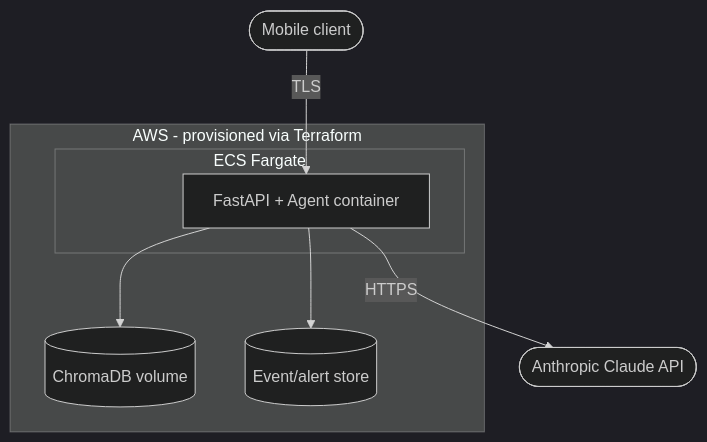
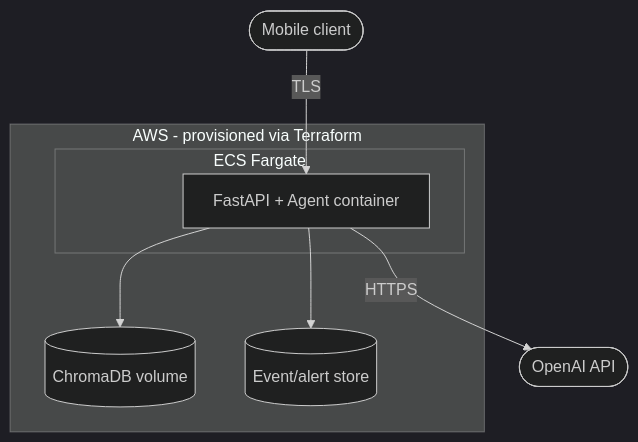
One commit to naratech-eng/mobile-ai-soc-analyst changed the fourth of 4 diagrams in docs/engineering/system-design.md. Above: the diagram before and after it, drawn with Mermaid (dark theme). The commit also changed other lines of this file and 5 other files, not shown here.

First line of the commit message:
Switch LLM provider from Anthropic to OpenAI in docs

````diff
--- a/docs/engineering/system-design.md
+++ b/docs/engineering/system-design.md
@@ -73,14 +73,14 @@
 ```mermaid
 flowchart TB
     subgraph AWS[AWS - provisioned via Terraform]
         subgraph ECS[ECS Fargate]
             SVC[FastAPI + Agent container]
         end
         VEC[(ChromaDB volume)]
         STORE[(Event/alert store)]
     end
     MOB([Mobile client]) -->|TLS| SVC
     SVC --> VEC
     SVC --> STORE
-    SVC -->|HTTPS| CLAUDE([Anthropic Claude API])
+    SVC -->|HTTPS| OPENAI([OpenAI API])
 ```
````
